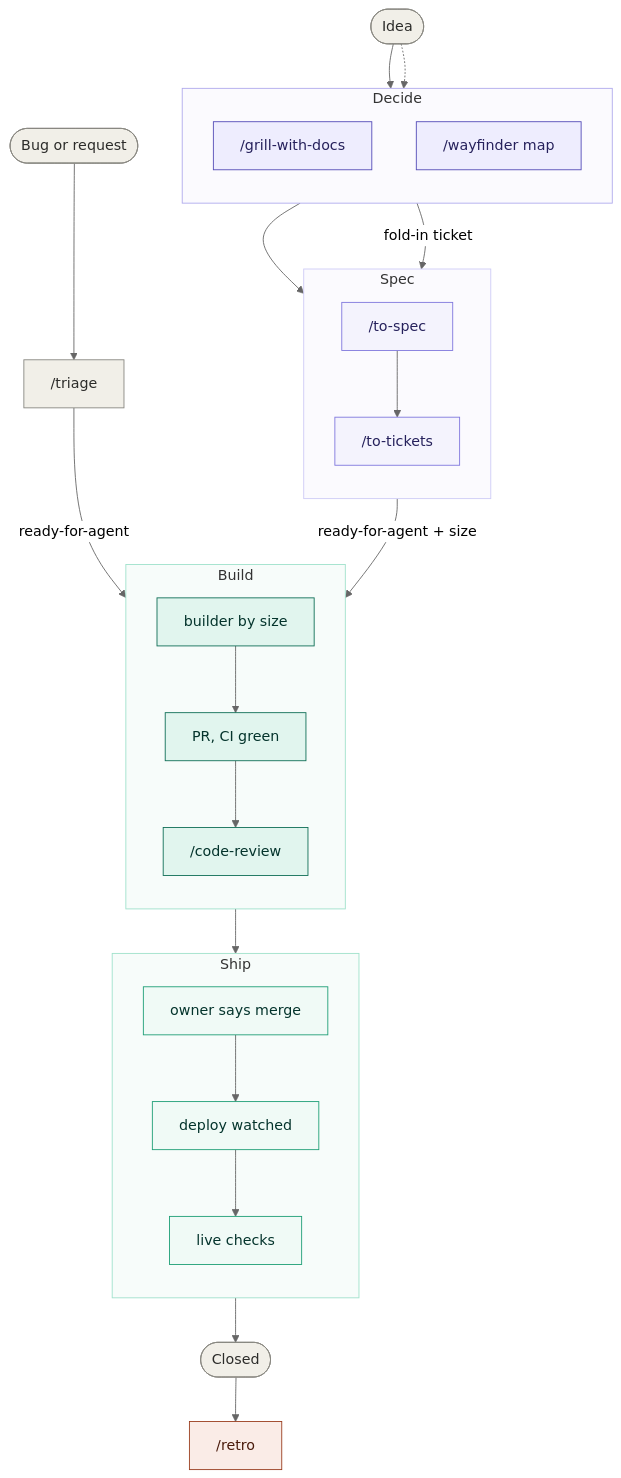
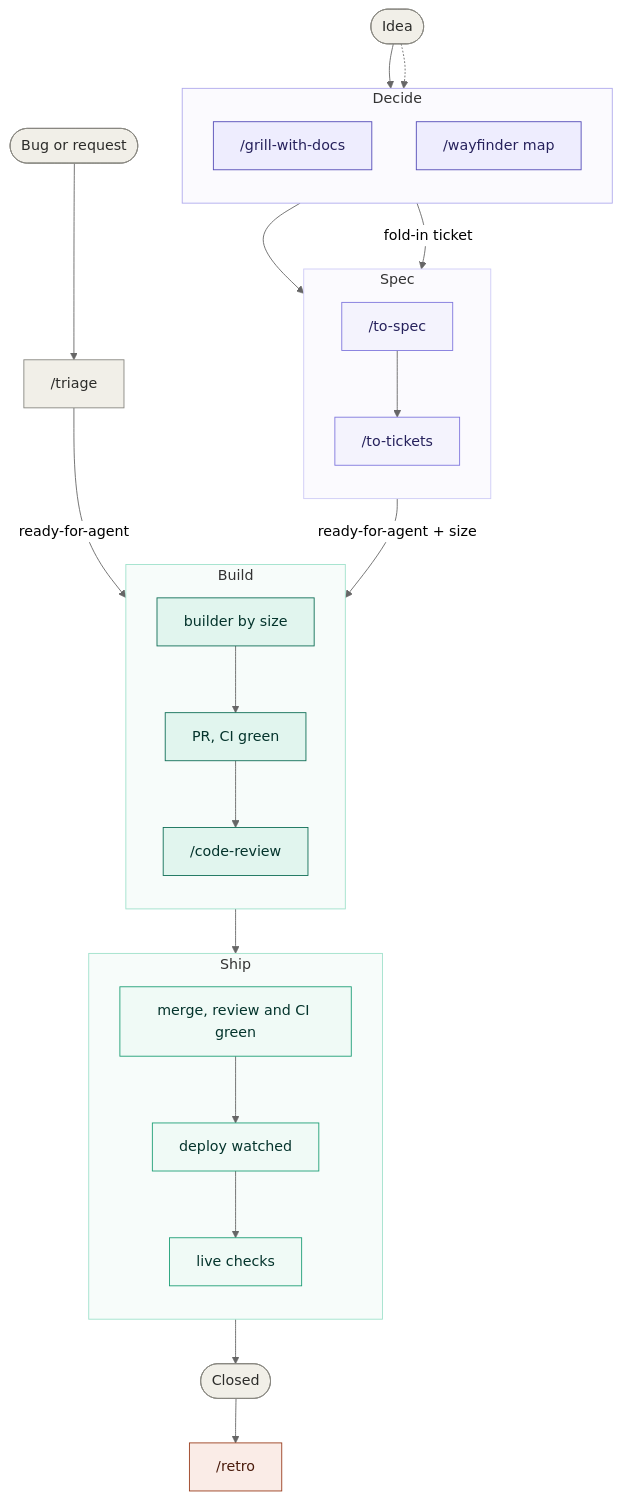
The first of 2 diagrams in skills/slice-flow/README.md (calindumitru/skills), drawn with Mermaid (neutral theme) before and after one commit. The commit also changed other lines of this file and 3 other files, not shown here.

First line of the commit message:
Merge on green and take live checks from the PR body (#2)

````diff
--- a/skills/slice-flow/README.md
+++ b/skills/slice-flow/README.md
@@ -18,48 +18,48 @@
 ```mermaid
 flowchart TB
     idea([Idea]) --> grill
     bug([Bug or request]) --> triage
 
     subgraph decide [Decide]
         direction TB
         grill["/grill-with-docs"]
         map["/wayfinder map"]
     end
     subgraph spec [Spec]
         direction TB
         tospec["/to-spec"] --> totickets["/to-tickets"]
     end
     subgraph build [Build]
         direction TB
         builder["builder by size"] --> pr["PR, CI green"] --> review["/code-review"]
     end
     subgraph ship [Ship]
         direction TB
-        merge["owner says merge"] --> deploy["deploy watched"] --> checks["live checks"]
+        merge["merge, review and CI green"] --> deploy["deploy watched"] --> checks["live checks"]
     end
 
     idea -.-> map
     grill --> tospec
     map -- fold-in ticket --> tospec
     totickets -- ready-for-agent + size --> builder
     triage["/triage"] -- ready-for-agent --> builder
     review --> merge
     checks --> closed([Closed]) --> retro["/retro"]
 
     classDef decide fill:#EEEDFE,stroke:#534AB7,color:#26215C
     classDef spec fill:#F4F3FD,stroke:#7F77DD,color:#26215C
     classDef build fill:#E1F5EE,stroke:#0F6E56,color:#04342C
     classDef ship fill:#F0FAF6,stroke:#1D9E75,color:#04342C
     classDef edge fill:#F1EFE8,stroke:#888780,color:#2C2C2A
     classDef retro fill:#FAECE7,stroke:#993C1D,color:#4A1B0C
     class grill,map decide
     class tospec,totickets spec
     class builder,pr,review build
     class merge,deploy,checks ship
     class idea,bug,triage,closed edge
     class retro retro
     style decide fill:#FBFAFE,stroke:#AFA9EC
     style spec fill:#FBFAFE,stroke:#CECBF6
     style build fill:#F7FCFA,stroke:#9FE1CB
     style ship fill:#F7FCFA,stroke:#9FE1CB
 ```
````
